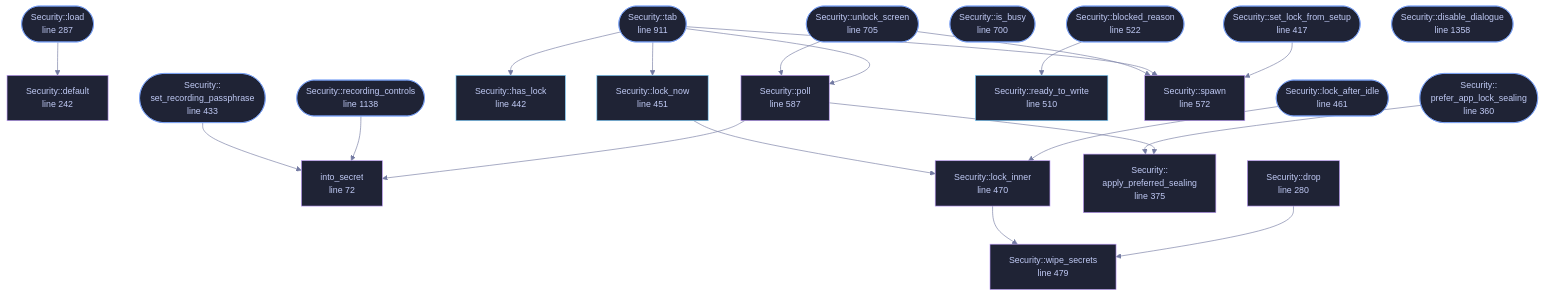
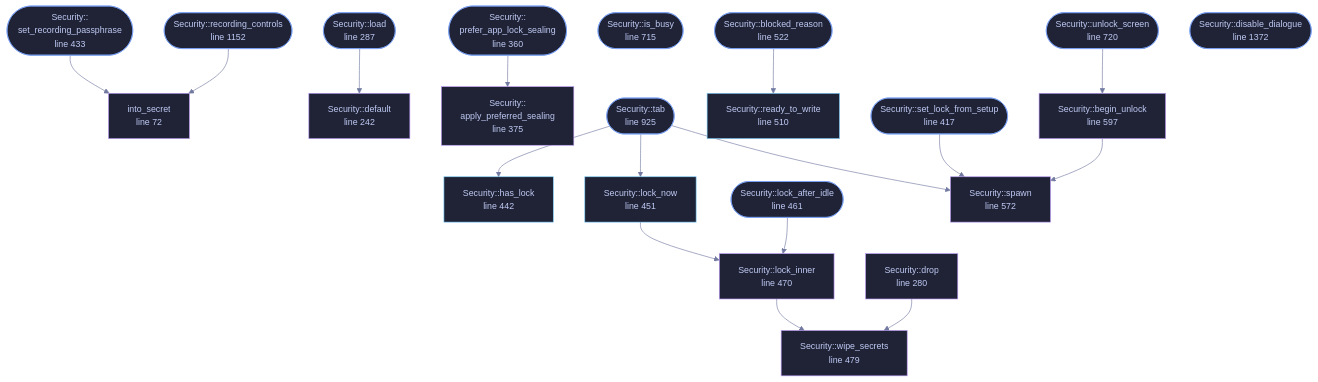
The diagram in docs/files/veilvoice-gui/security.md (tilas01/veilvoice), drawn with Mermaid before and after one commit. The commit also changed other lines of this file and 31 other files, not shown here.

````diff
--- a/docs/files/veilvoice-gui/security.md
+++ b/docs/files/veilvoice-gui/security.md
@@ -150,72 +150,69 @@
 ```mermaid
 %%{init: {"theme":"base","themeVariables":{"background":"#1a1b26","primaryColor":"#1f2335","primaryTextColor":"#c0caf5","primaryBorderColor":"#7aa2f7","secondaryColor":"#16161e","tertiaryColor":"#16161e","lineColor":"#737aa2","textColor":"#c0caf5","mainBkg":"#1f2335","nodeBorder":"#7aa2f7","clusterBkg":"#16161e","clusterBorder":"#2f3549","fontFamily":"ui-monospace, SFMono-Regular, Consolas, monospace","fontSize":"14px"}}}%%
 flowchart TD
     n_into_secret["into_secret<br/>line 72"]
     n_default["Security::default<br/>line 242"]
     n_drop["Security::drop<br/>line 280"]
     n_load(["Security::load<br/>line 287"])
     n_prefer_app_lock_sealing(["Security::<br/>prefer_app_lock_sealing<br/>line 360"])
     n_apply_preferred_sealing["Security::<br/>apply_preferred_sealing<br/>line 375"]
     n_set_lock_from_setup(["Security::set_lock_from_setup<br/>line 417"])
     n_set_recording_passphrase(["Security::<br/>set_recording_passphrase<br/>line 433"])
     n_has_lock["Security::has_lock<br/>line 442"]
     n_lock_now["Security::lock_now<br/>line 451"]
     n_lock_after_idle(["Security::lock_after_idle<br/>line 461"])
     n_lock_inner["Security::lock_inner<br/>line 470"]
     n_wipe_secrets["Security::wipe_secrets<br/>line 479"]
     n_ready_to_write["Security::ready_to_write<br/>line 510"]
     n_blocked_reason(["Security::blocked_reason<br/>line 522"])
     n_spawn["Security::spawn<br/>line 572"]
-    n_poll["Security::poll<br/>line 587"]
-    n_is_busy(["Security::is_busy<br/>line 700"])
-    n_unlock_screen(["Security::unlock_screen<br/>line 705"])
-    n_tab(["Security::tab<br/>line 911"])
-    n_recording_controls(["Security::recording_controls<br/>line 1138"])
-    n_disable_dialogue(["Security::disable_dialogue<br/>line 1358"])
+    n_begin_unlock["Security::begin_unlock<br/>line 597"]
+    n_is_busy(["Security::is_busy<br/>line 715"])
+    n_unlock_screen(["Security::unlock_screen<br/>line 720"])
+    n_tab(["Security::tab<br/>line 925"])
+    n_recording_controls(["Security::recording_controls<br/>line 1152"])
+    n_disable_dialogue(["Security::disable_dialogue<br/>line 1372"])
+    n_begin_unlock --> n_spawn
     n_blocked_reason --> n_ready_to_write
     n_drop --> n_wipe_secrets
     n_load --> n_default
     n_lock_after_idle --> n_lock_inner
     n_lock_inner --> n_wipe_secrets
     n_lock_now --> n_lock_inner
-    n_poll --> n_apply_preferred_sealing
-    n_poll --> n_into_secret
     n_prefer_app_lock_sealing --> n_apply_preferred_sealing
     n_recording_controls --> n_into_secret
     n_set_lock_from_setup --> n_spawn
     n_set_recording_passphrase --> n_into_secret
     n_tab --> n_has_lock
     n_tab --> n_lock_now
-    n_tab --> n_poll
     n_tab --> n_spawn
-    n_unlock_screen --> n_poll
-    n_unlock_screen --> n_spawn
+    n_unlock_screen --> n_begin_unlock
     click n_into_secret href "https://github.com/tilas01/veilvoice/blob/main/crates/veilvoice-gui/src/security.rs#L72" "open the source"
     click n_default href "https://github.com/tilas01/veilvoice/blob/main/crates/veilvoice-gui/src/security.rs#L242" "open the source"
     click n_drop href "https://github.com/tilas01/veilvoice/blob/main/crates/veilvoice-gui/src/security.rs#L280" "open the source"
     click n_load href "https://github.com/tilas01/veilvoice/blob/main/crates/veilvoice-gui/src/security.rs#L287" "open the source"
     click n_prefer_app_lock_sealing href "https://github.com/tilas01/veilvoice/blob/main/crates/veilvoice-gui/src/security.rs#L360" "open the source"
     click n_apply_preferred_sealing href "https://github.com/tilas01/veilvoice/blob/main/crates/veilvoice-gui/src/security.rs#L375" "open the source"
     click n_set_lock_from_setup href "https://github.com/tilas01/veilvoice/blob/main/crates/veilvoice-gui/src/security.rs#L417" "open the source"
     click n_set_recording_passphrase href "https://github.com/tilas01/veilvoice/blob/main/crates/veilvoice-gui/src/security.rs#L433" "open the source"
     click n_has_lock href "https://github.com/tilas01/veilvoice/blob/main/crates/veilvoice-gui/src/security.rs#L442" "open the source"
     click n_lock_now href "https://github.com/tilas01/veilvoice/blob/main/crates/veilvoice-gui/src/security.rs#L451" "open the source"
     click n_lock_after_idle href "https://github.com/tilas01/veilvoice/blob/main/crates/veilvoice-gui/src/security.rs#L461" "open the source"
     click n_lock_inner href "https://github.com/tilas01/veilvoice/blob/main/crates/veilvoice-gui/src/security.rs#L470" "open the source"
     click n_wipe_secrets href "https://github.com/tilas01/veilvoice/blob/main/crates/veilvoice-gui/src/security.rs#L479" "open the source"
     click n_ready_to_write href "https://github.com/tilas01/veilvoice/blob/main/crates/veilvoice-gui/src/security.rs#L510" "open the source"
     click n_blocked_reason href "https://github.com/tilas01/veilvoice/blob/main/crates/veilvoice-gui/src/security.rs#L522" "open the source"
     click n_spawn href "https://github.com/tilas01/veilvoice/blob/main/crates/veilvoice-gui/src/security.rs#L572" "open the source"
-    click n_poll href "https://github.com/tilas01/veilvoice/blob/main/crates/veilvoice-gui/src/security.rs#L587" "open the source"
-    click n_is_busy href "https://github.com/tilas01/veilvoice/blob/main/crates/veilvoice-gui/src/security.rs#L700" "open the source"
-    click n_unlock_screen href "https://github.com/tilas01/veilvoice/blob/main/crates/veilvoice-gui/src/security.rs#L705" "open the source"
-    click n_tab href "https://github.com/tilas01/veilvoice/blob/main/crates/veilvoice-gui/src/security.rs#L911" "open the source"
-    click n_recording_controls href "https://github.com/tilas01/veilvoice/blob/main/crates/veilvoice-gui/src/security.rs#L1138" "open the source"
-    click n_disable_dialogue href "https://github.com/tilas01/veilvoice/blob/main/crates/veilvoice-gui/src/security.rs#L1358" "open the source"
+    click n_begin_unlock href "https://github.com/tilas01/veilvoice/blob/main/crates/veilvoice-gui/src/security.rs#L597" "open the source"
+    click n_is_busy href "https://github.com/tilas01/veilvoice/blob/main/crates/veilvoice-gui/src/security.rs#L715" "open the source"
+    click n_unlock_screen href "https://github.com/tilas01/veilvoice/blob/main/crates/veilvoice-gui/src/security.rs#L720" "open the source"
+    click n_tab href "https://github.com/tilas01/veilvoice/blob/main/crates/veilvoice-gui/src/security.rs#L925" "open the source"
+    click n_recording_controls href "https://github.com/tilas01/veilvoice/blob/main/crates/veilvoice-gui/src/security.rs#L1152" "open the source"
+    click n_disable_dialogue href "https://github.com/tilas01/veilvoice/blob/main/crates/veilvoice-gui/src/security.rs#L1372" "open the source"
     classDef entry fill:#1f2335,stroke:#7aa2f7,color:#c0caf5
     class n_load,n_prefer_app_lock_sealing,n_set_lock_from_setup,n_set_recording_passphrase,n_lock_after_idle,n_blocked_reason,n_is_busy,n_unlock_screen,n_tab,n_recording_controls,n_disable_dialogue entry
     classDef api fill:#1f2335,stroke:#7dcfff,color:#c0caf5
     class n_has_lock,n_lock_now,n_ready_to_write api
     classDef helper fill:#1f2335,stroke:#bb9af7,color:#c0caf5
-    class n_into_secret,n_default,n_drop,n_apply_preferred_sealing,n_lock_inner,n_wipe_secrets,n_spawn,n_poll helper
+    class n_into_secret,n_default,n_drop,n_apply_preferred_sealing,n_lock_inner,n_wipe_secrets,n_spawn,n_begin_unlock helper
 ```
````
